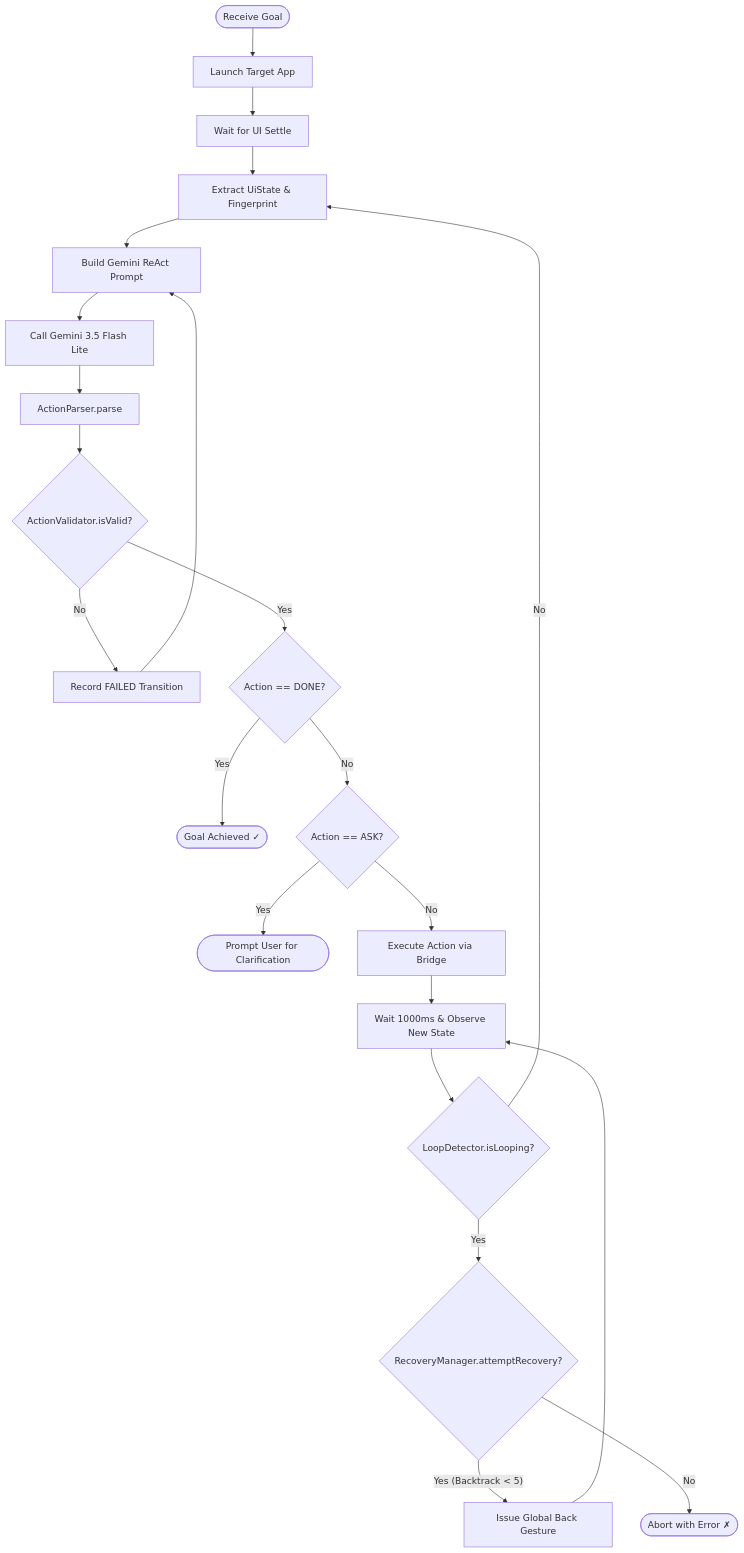
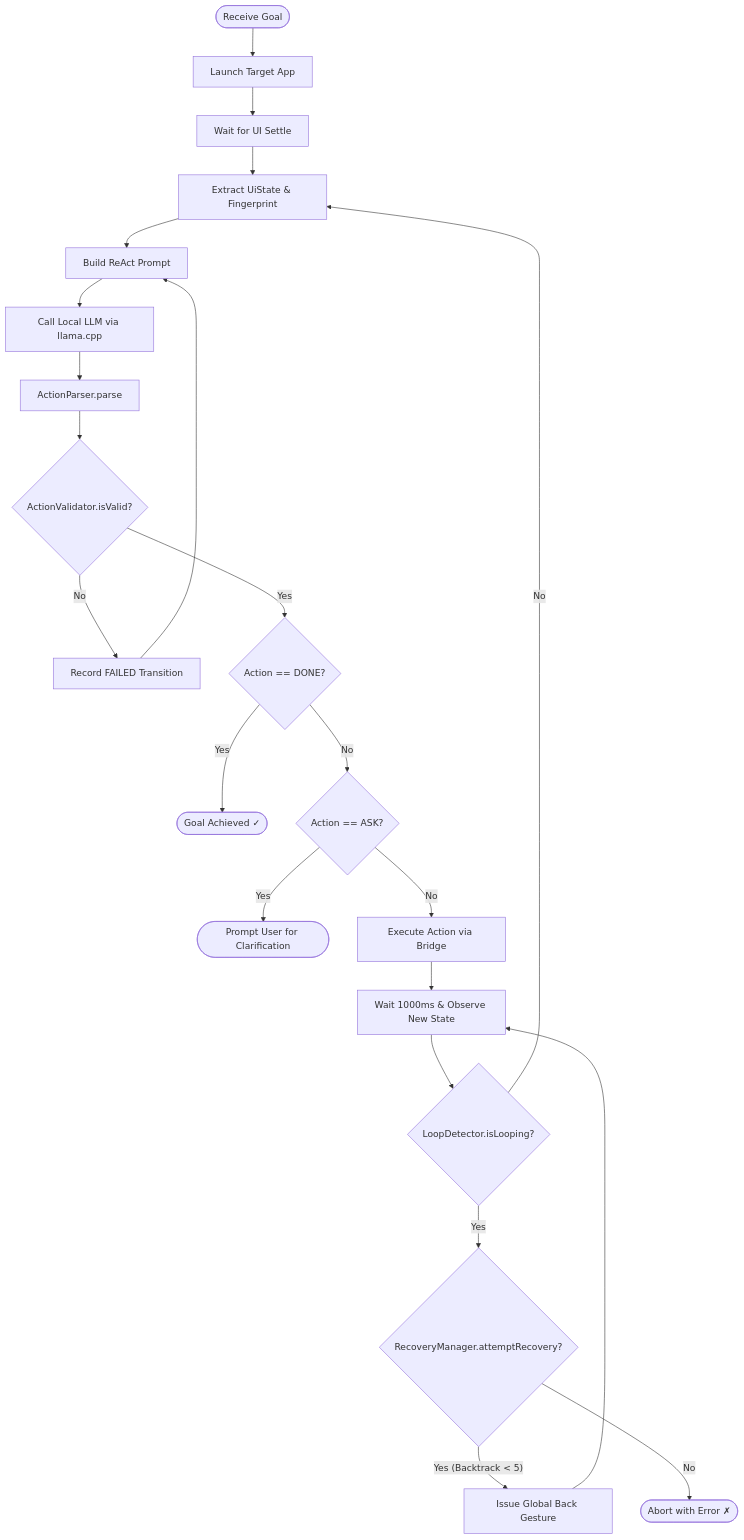
One commit to Shanukeshri/TAV changed the fourth of 4 diagrams in README.md. Above: the diagram before and after it, drawn with Mermaid. The commit also changed other lines of this file, not shown here.

````diff
--- a/README.md
+++ b/README.md
@@ -274,30 +308,30 @@
 ```mermaid
 flowchart TD
     Start([Receive Goal]) --> Launch[Launch Target App]
     Launch --> WaitUI[Wait for UI Settle]
     WaitUI --> Extract[Extract UiState & Fingerprint]
-    Extract --> PromptGen[Build Gemini ReAct Prompt]
-    PromptGen --> CallModel[Call Gemini 3.5 Flash Lite]
+    Extract --> PromptGen[Build ReAct Prompt]
+    PromptGen --> CallModel[Call Local LLM via llama.cpp]
     CallModel --> Parse[ActionParser.parse]
     Parse --> Validate{ActionValidator.isValid?}
     
     Validate -- No --> RecordFailed[Record FAILED Transition]
     RecordFailed --> PromptGen
     
     Validate -- Yes --> CheckDone{Action == DONE?}
     CheckDone -- Yes --> Complete([Goal Achieved ✓])
     
     CheckDone -- No --> CheckAsk{Action == ASK?}
     CheckAsk -- Yes --> NeedInput([Prompt User for Clarification])
     
     CheckAsk -- No --> Exec[Execute Action via Bridge]
     Exec --> Settle[Wait 1000ms & Observe New State]
     Settle --> CheckLoop{LoopDetector.isLooping?}
     
     CheckLoop -- Yes --> Recover{RecoveryManager.attemptRecovery?}
     Recover -- Yes (Backtrack < 5) --> ExecBack[Issue Global Back Gesture]
     ExecBack --> Settle
     Recover -- No --> Abort([Abort with Error ✗])
     
     CheckLoop -- No --> Extract
 ```
````
